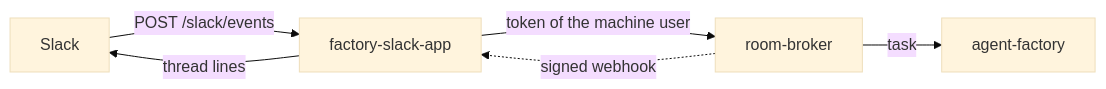
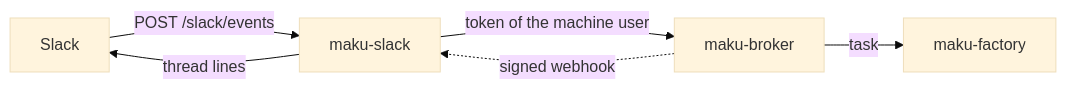
The diagram in docs/runbooks/agent-factory/22-slack.md (Smana/ai-native-ref), drawn with Mermaid (base theme) before and after one commit. The commit also changed other lines of this file and 38 other files, not shown here.

First line of the commit message:
docs: Maku v0.30.0 names across live pages, runbooks and diagrams; the Agent Factory keeps its name (#211)

````diff
--- a/docs/runbooks/agent-factory/22-slack.md
+++ b/docs/runbooks/agent-factory/22-slack.md
@@ -10,8 +10,8 @@
 ```mermaid
 flowchart LR
-  S[Slack] -->|"POST /slack/events"| A[factory-slack-app]
-  A -->|"token of the machine user"| B[room-broker]
-  B -->|"task"| F[agent-factory]
+  S[Slack] -->|"POST /slack/events"| A[maku-slack]
+  A -->|"token of the machine user"| B[maku-broker]
+  B -->|"task"| F[maku-factory]
   B -.->|"signed webhook"| A
   A -->|"thread lines"| S
 ```
````
